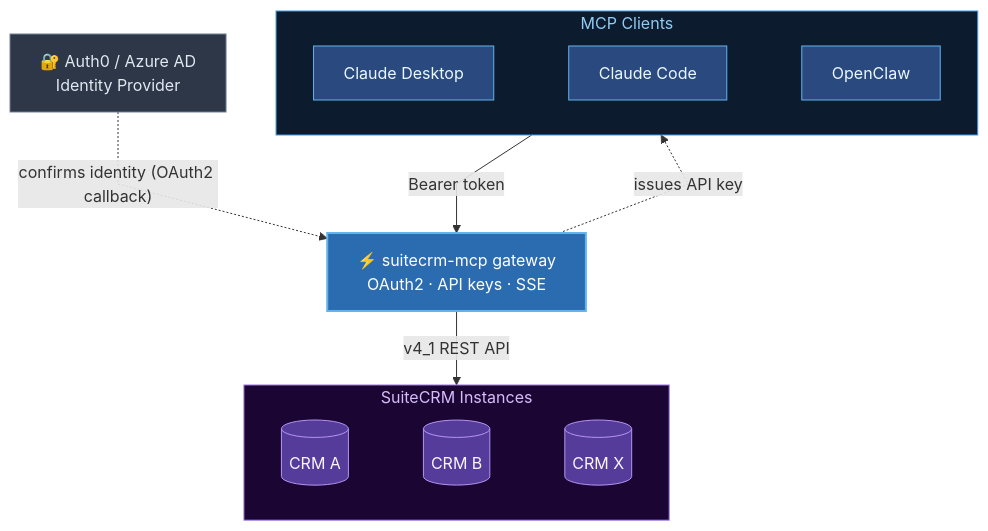
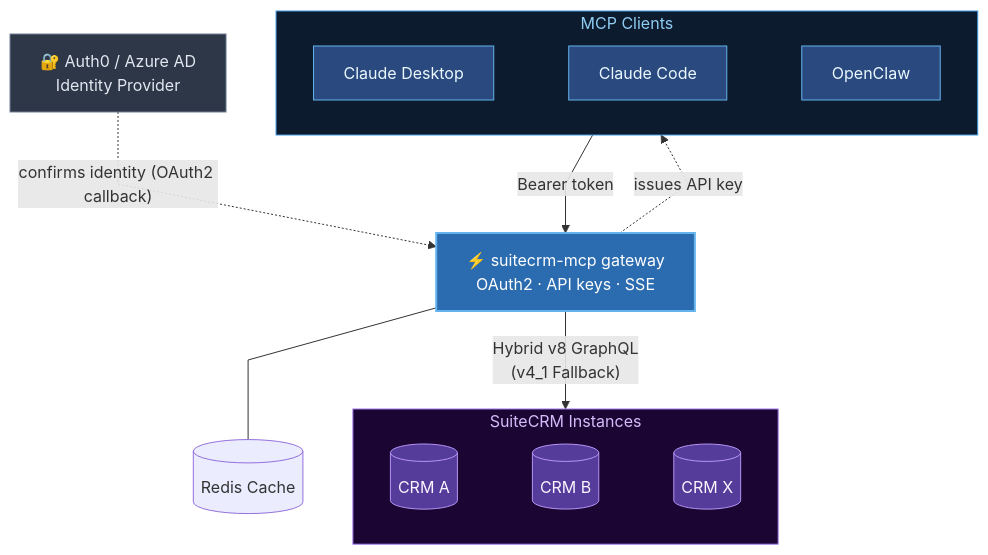
One commit to Anirudhx7/suitecrm-mcp changed the diagram in README.md. Above: the diagram before and after it, drawn with Mermaid. The commit also changed other lines of this file, not shown here.

````diff
--- a/README.md
+++ b/README.md
@@ -128,31 +129,32 @@
 ```mermaid
 %%{init: {"flowchart": {"curve": "linear"}}}%%
 flowchart TB
     IdP["🔐 Auth0 / Azure AD\nIdentity Provider"]
 
     subgraph Clients["MCP Clients"]
         CD["Claude Desktop"] ~~~ CC["Claude Code"] ~~~ OC["OpenClaw"]
     end
 
     GW["⚡ suitecrm-mcp gateway\nOAuth2 · API keys · SSE"]
 
     subgraph CRMs["SuiteCRM Instances"]
         C1[("CRM A")] ~~~ C2[("CRM B")] ~~~ CX[("CRM X")]
     end
 
     IdP -.->|"confirms identity (OAuth2 callback)"| GW
     GW -.->|"issues API key"| Clients
     Clients -->|"Bearer token"| GW
-    GW -->|"v4_1 REST API"| CRMs
+    GW -->|"Hybrid v8 GraphQL\n(v4_1 Fallback)"| CRMs
+    GW --- Redis[(Redis Cache)]
 
     style GW fill:#2b6cb0,stroke:#63b3ed,stroke-width:2px,color:#fff
     style IdP fill:#2d3748,stroke:#718096,color:#e2e8f0
     style CD fill:#2a4a7f,stroke:#63b3ed,stroke-width:1px,color:#ebf8ff
     style CC fill:#2a4a7f,stroke:#63b3ed,stroke-width:1px,color:#ebf8ff
     style OC fill:#2a4a7f,stroke:#63b3ed,stroke-width:1px,color:#ebf8ff
     style C1 fill:#553c9a,stroke:#b794f4,stroke-width:1px,color:#faf5ff
     style C2 fill:#553c9a,stroke:#b794f4,stroke-width:1px,color:#faf5ff
     style CX fill:#553c9a,stroke:#b794f4,stroke-width:1px,color:#faf5ff
     style Clients fill:#0d1b2e,stroke:#4299e1,stroke-width:1px,color:#90cdf4
     style CRMs fill:#1a0533,stroke:#9f7aea,stroke-width:1px,color:#d6bcfa
 ```
````
